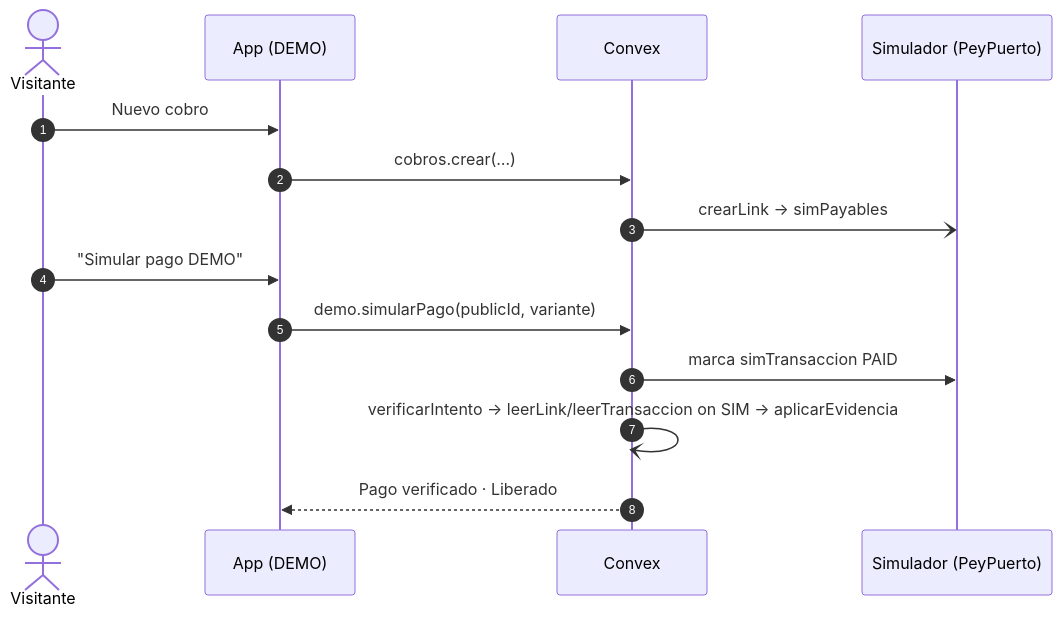
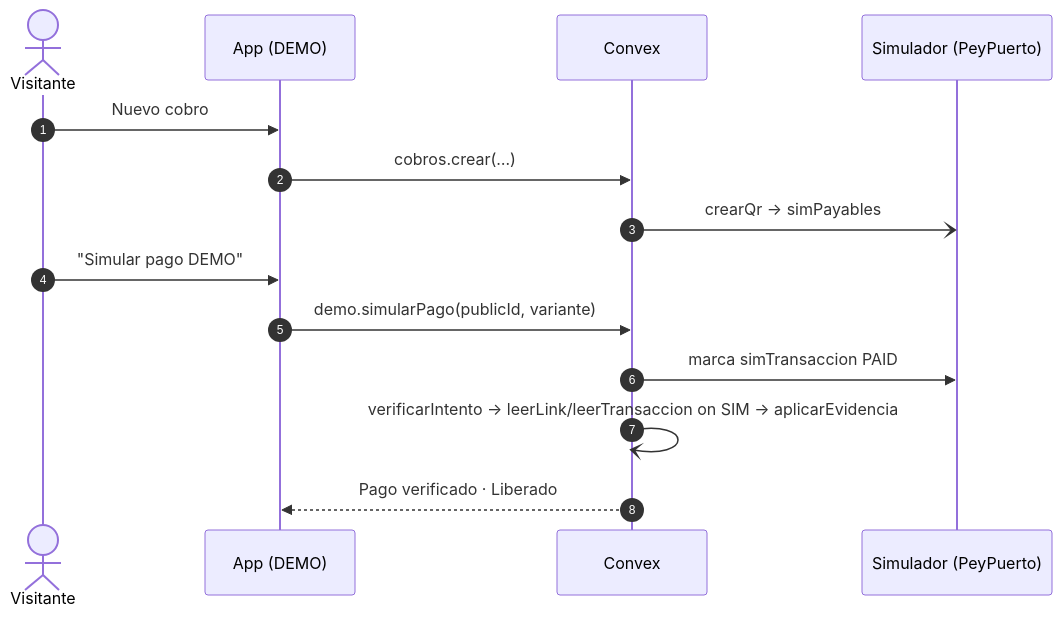
One commit to GNOSIXSI/payvro-os changed the seventh of 7 diagrams in ARCHITECTURE.md. Above: the diagram before and after it, drawn with Mermaid. The commit also changed other lines of this file and 17 other files, not shown here.

````diff
--- a/ARCHITECTURE.md
+++ b/ARCHITECTURE.md
@@ -466,16 +466,16 @@
 ```mermaid
 sequenceDiagram
   autonumber
   actor J as Visitante
   participant UI as App (DEMO)
   participant CX as Convex
   participant SIM as Simulador (PeyPuerto)
   J->>UI: Nuevo cobro
   UI->>CX: cobros.crear(…)
-  CX-)SIM: crearLink → simPayables
+  CX-)SIM: crearQr → simPayables
   J->>UI: "Simular pago  DEMO"
   UI->>CX: demo.simularPago(publicId, variante)
   CX->>SIM: marca simTransaccion PAID
   CX-)CX: verificarIntento → leerLink/leerTransaccion on SIM → aplicarEvidencia
   CX-->>UI: Pago verificado · Liberado
 ```
````
